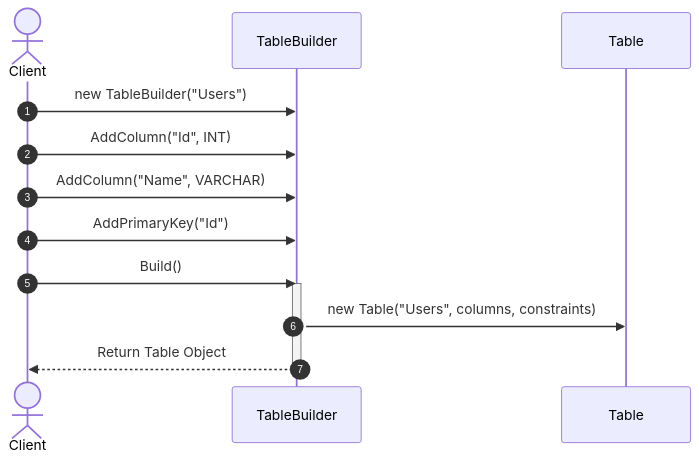
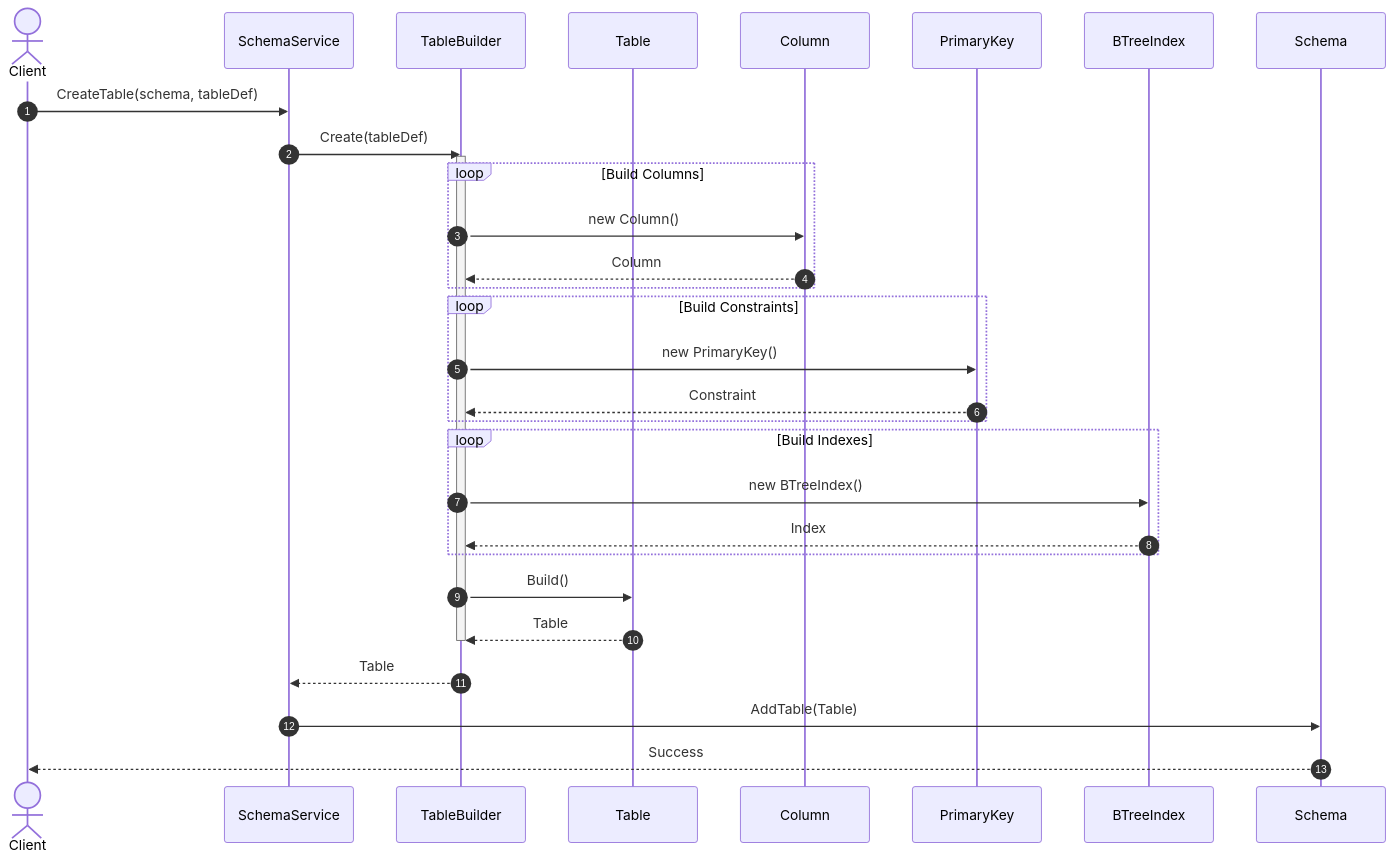
The fifth of 14 diagrams in docs/design-patterns/README.md (Hagiakhanh/bbv-dbms), drawn with Mermaid before and after one commit. The commit also changed other lines of this file and 20 other files, not shown here.

````diff
--- a/docs/design-patterns/README.md
+++ b/docs/design-patterns/README.md
@@ -91,17 +576,46 @@
 ```mermaid
 sequenceDiagram
     autonumber
+
     actor Client
+    participant Service as SchemaService
     participant Builder as TableBuilder
     participant Table as Table
-    
-    Client->>Builder: new TableBuilder("Users")
-    Client->>Builder: AddColumn("Id", INT)
-    Client->>Builder: AddColumn("Name", VARCHAR)
-    Client->>Builder: AddPrimaryKey("Id")
-    Client->>Builder: Build()
+    participant Column as Column
+    participant PK as PrimaryKey
+    participant Index as BTreeIndex
+    participant Schema as Schema
+
+    Client->>Service: CreateTable(schema, tableDef)
+
+    Service->>Builder: Create(tableDef)
+
     activate Builder
-    Builder->>Table: new Table("Users", columns, constraints)
-    Builder-->>Client: Return Table Object
+
+    loop Build Columns
+        Builder->>Column: new Column()
+        Column-->>Builder: Column
+    end
+
+    loop Build Constraints
+        Builder->>PK: new PrimaryKey()
+        PK-->>Builder: Constraint
+    end
+
+    loop Build Indexes
+        Builder->>Index: new BTreeIndex()
+        Index-->>Builder: Index
+    end
+
+    Builder->>Table: Build()
+
+    Table-->>Builder: Table
+
     deactivate Builder
+
+    Builder-->>Service: Table
+
+    Service->>Schema: AddTable(Table)
+
+    Schema-->>Client: Success
 ```
````
